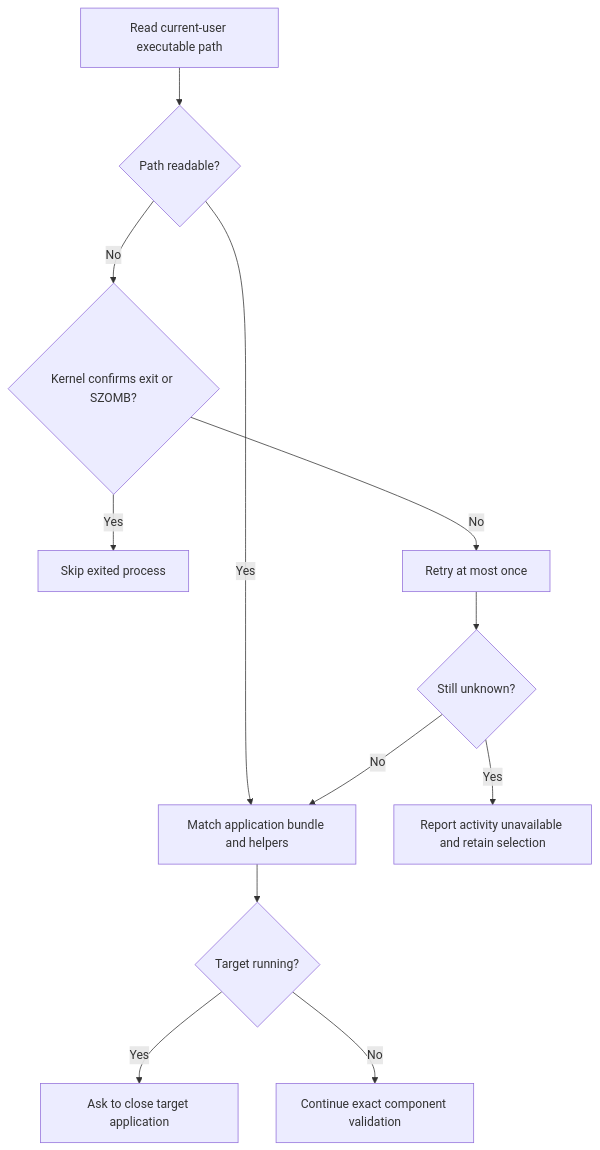
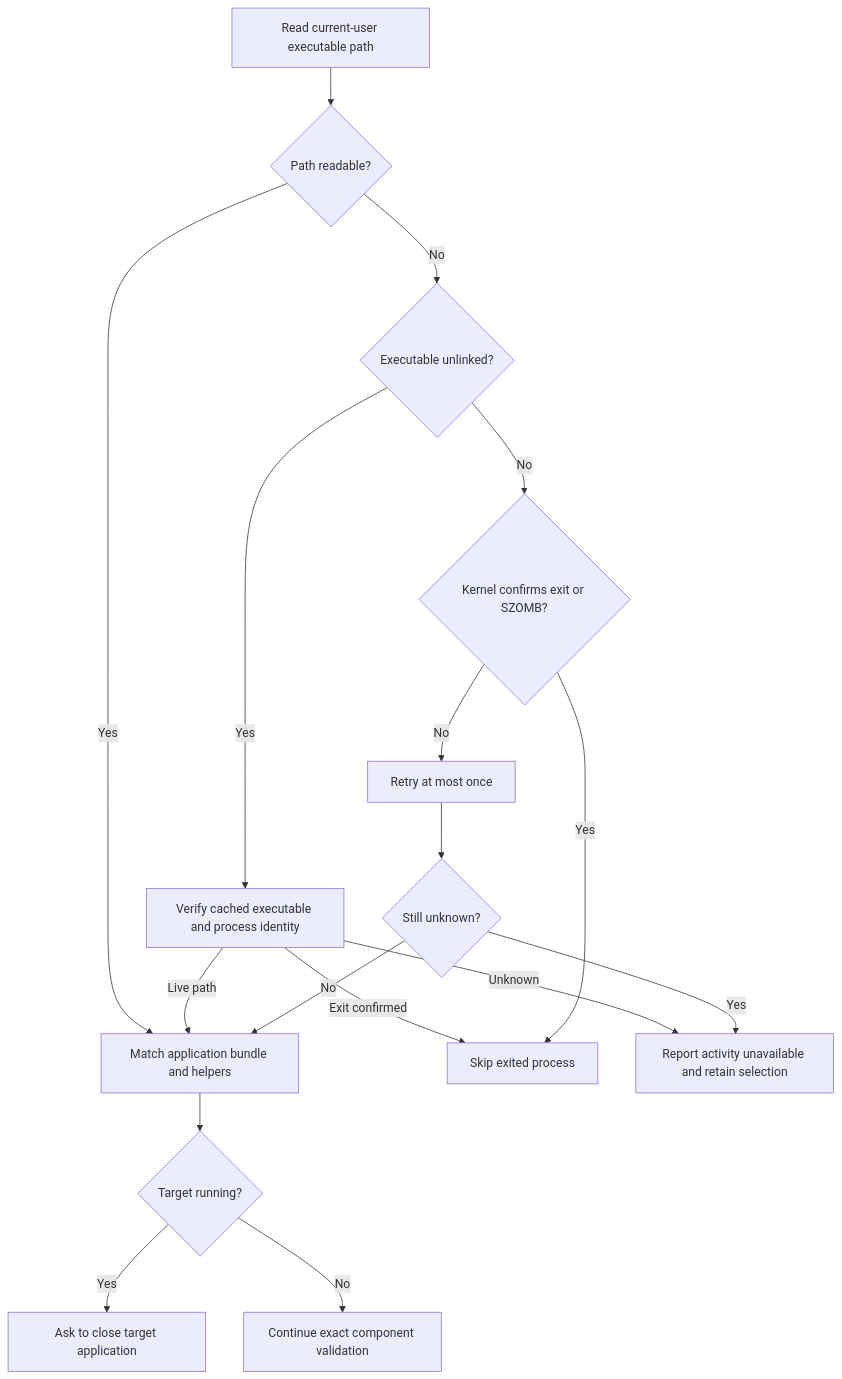
The fourth of 4 diagrams in docs/product/application-uninstall.md (limecloud/shou), drawn with Mermaid before and after one commit. The commit also changed other lines of this file and 86 other files, not shown here.

````diff
--- a/docs/product/application-uninstall.md
+++ b/docs/product/application-uninstall.md
@@ -122,14 +124,19 @@
 ```mermaid
 flowchart TD
   PID[Read current-user executable path] --> Path{Path readable?}
   Path -->|Yes| Match[Match application bundle and helpers]
-  Path -->|No| Kernel{Kernel confirms exit or SZOMB?}
+  Path -->|No| Missing{Executable unlinked?}
+  Missing -->|Yes| Cached[Verify cached executable and process identity]
+  Cached -->|Live path| Match
+  Cached -->|Exit confirmed| Skip
+  Cached -->|Unknown| Block
+  Missing -->|No| Kernel{Kernel confirms exit or SZOMB?}
   Kernel -->|Yes| Skip[Skip exited process]
   Kernel -->|No| Retry[Retry at most once]
   Retry --> Unknown{Still unknown?}
   Unknown -->|Yes| Block[Report activity unavailable and retain selection]
   Unknown -->|No| Match
   Match --> Active{Target running?}
   Active -->|Yes| Quit[Ask to close target application]
   Active -->|No| Continue[Continue exact component validation]
 ```
````
